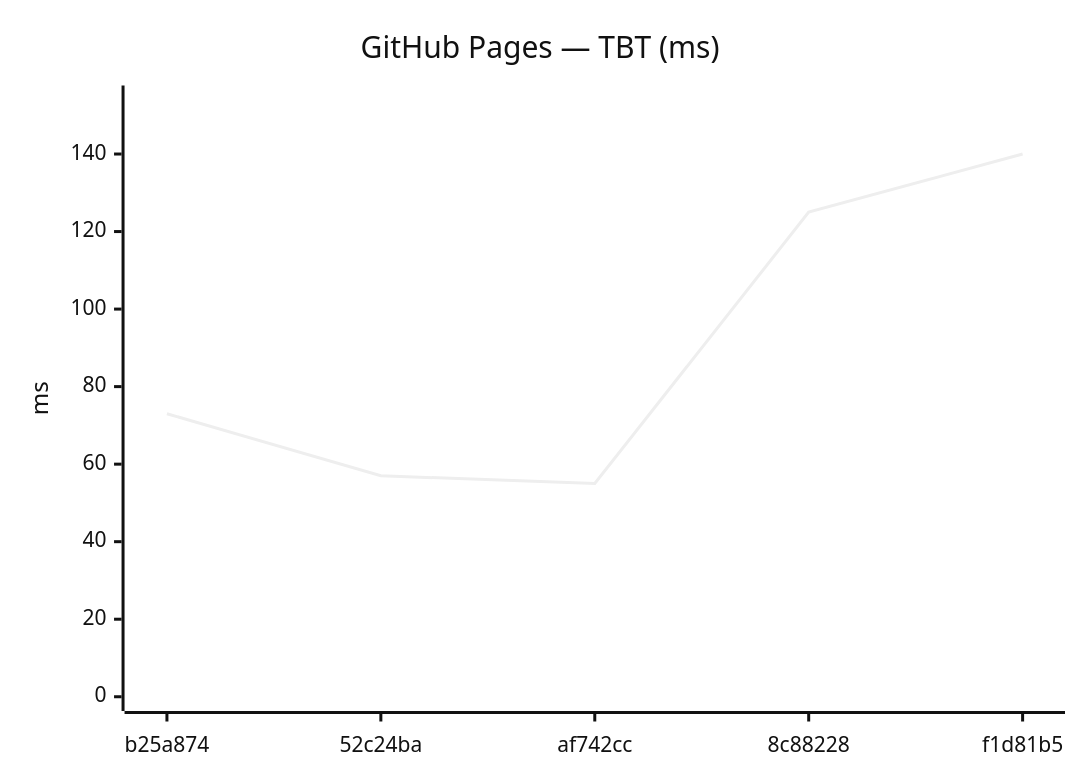
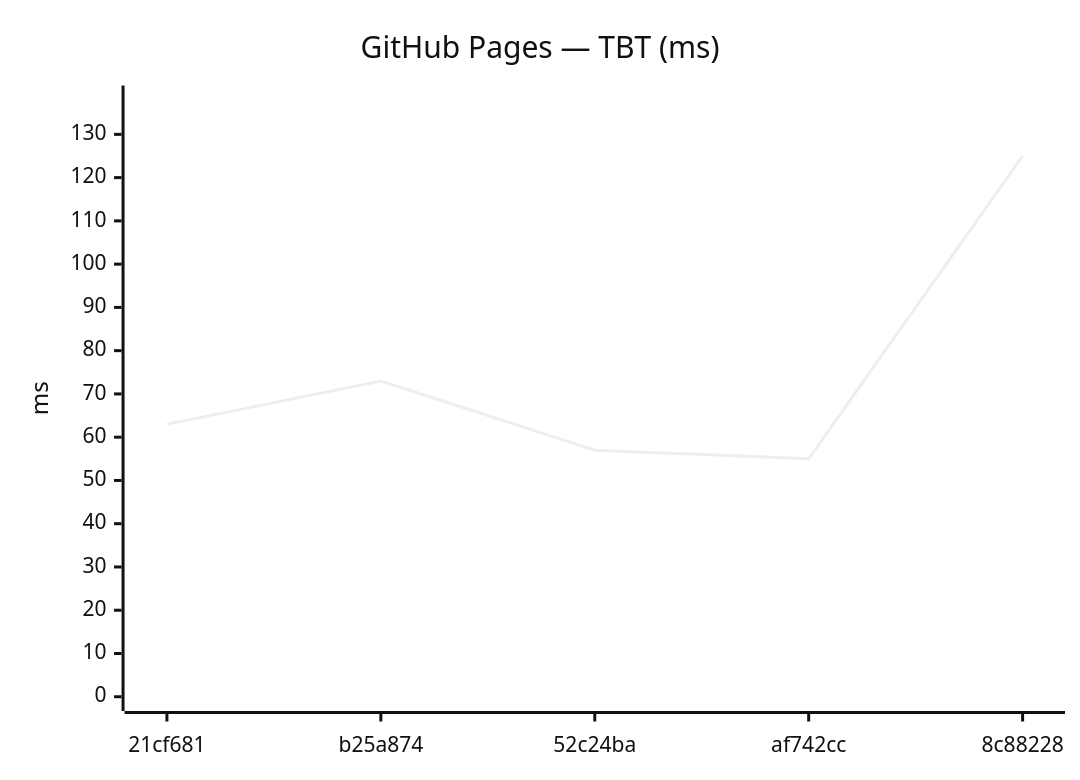
The tenth of 18 diagrams in benchmarks/compare.md (Metaheurist/Rianell), drawn with Mermaid (neutral theme) before and after one commit. The commit also changed other lines of this file and 11 other files, not shown here.

````diff
--- a/benchmarks/compare.md
+++ b/benchmarks/compare.md
@@ -149,7 +149,7 @@
 ```mermaid
 xychart-beta
     title "GitHub Pages — TBT (ms)"
-    x-axis ["b25a874", "52c24ba", "af742cc", "8c88228", "f1d81b5"]
-    y-axis "ms" 0 --> 154
-    line [73, 57, 55, 125, 140]
+    x-axis ["21cf681", "b25a874", "52c24ba", "af742cc", "8c88228"]
+    y-axis "ms" 0 --> 138
+    line [63, 73, 57, 55, 125]
 ```
````
